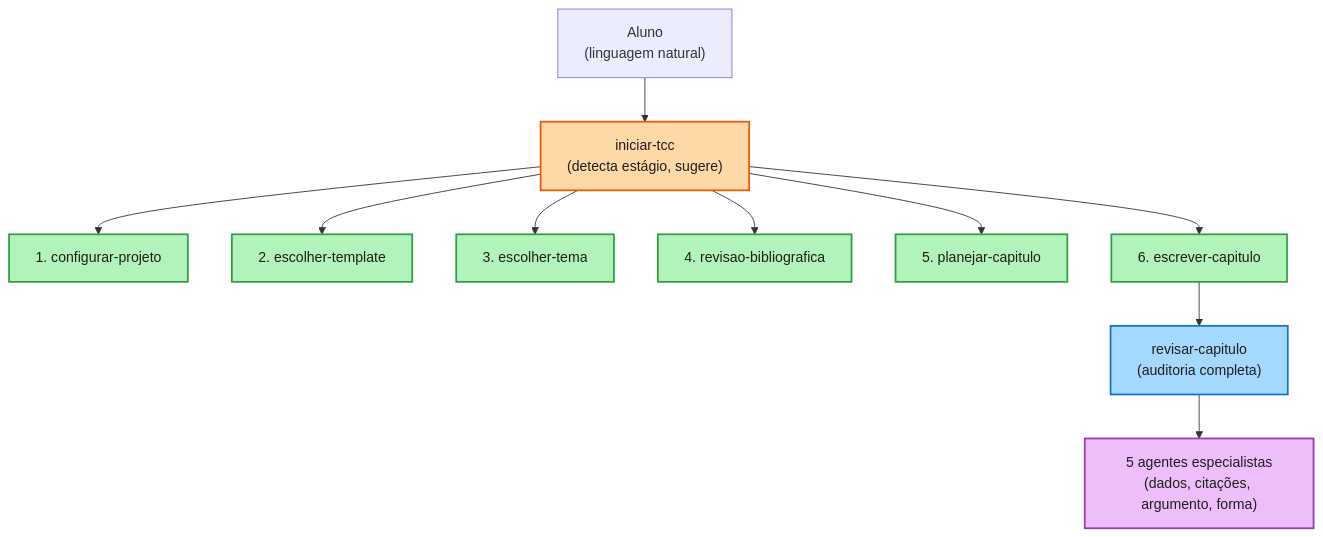
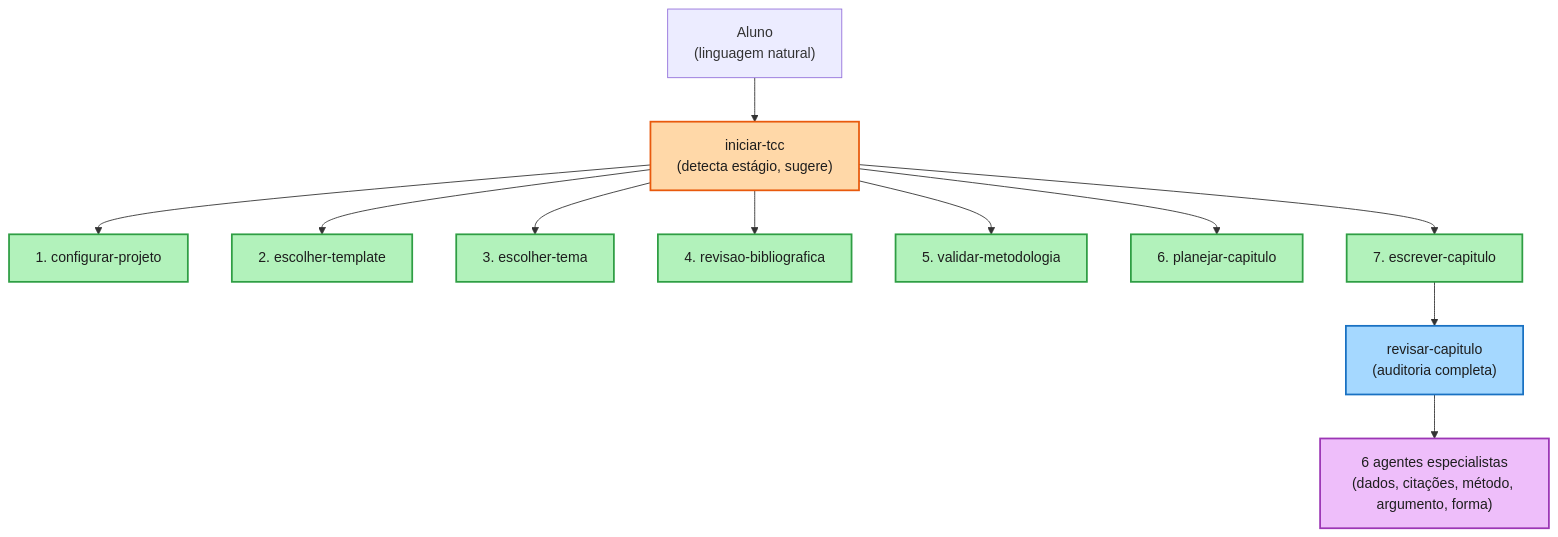
Before and after one commit to Oseiasdfarias/tcc-verificado-kit-agentes: the diagram in README.md, drawn with Mermaid. The commit also changed other lines of this file and 3 other files, not shown here.

````diff
--- a/README.md
+++ b/README.md
@@ -35,24 +35,25 @@
 ```mermaid
 flowchart TD
     Aluno["Aluno<br/>(linguagem natural)"] --> Hub1["iniciar-tcc<br/>(detecta estágio, sugere)"]
 
     Hub1 --> S1["1. configurar-projeto"]
     Hub1 --> S2["2. escolher-template"]
     Hub1 --> S3["3. escolher-tema"]
     Hub1 --> S4["4. revisao-bibliografica"]
-    Hub1 --> S5["5. planejar-capitulo"]
-    Hub1 --> S6["6. escrever-capitulo"]
+    Hub1 --> S5["5. validar-metodologia"]
+    Hub1 --> S6["6. planejar-capitulo"]
+    Hub1 --> S7["7. escrever-capitulo"]
 
-    S6 --> Hub2["revisar-capitulo<br/>(auditoria completa)"]
-    Hub2 --> Agentes["5 agentes especialistas<br/>(dados, citações, argumento, forma)"]
+    S7 --> Hub2["revisar-capitulo<br/>(auditoria completa)"]
+    Hub2 --> Agentes["6 agentes especialistas<br/>(dados, citações, método, argumento, forma)"]
 
     classDef hub fill:#ffd8a8,stroke:#e8590c,stroke-width:2px,color:#1e1e1e
     classDef hub2 fill:#a5d8ff,stroke:#1971c2,stroke-width:2px,color:#1e1e1e
     classDef skill fill:#b2f2bb,stroke:#2f9e44,stroke-width:2px,color:#1e1e1e
     classDef agente fill:#eebefa,stroke:#9c36b5,stroke-width:2px,color:#1e1e1e
 
     class Hub1 hub
     class Hub2 hub2
-    class S1,S2,S3,S4,S5,S6 skill
+    class S1,S2,S3,S4,S5,S6,S7 skill
     class Agentes agente
 ```
````
